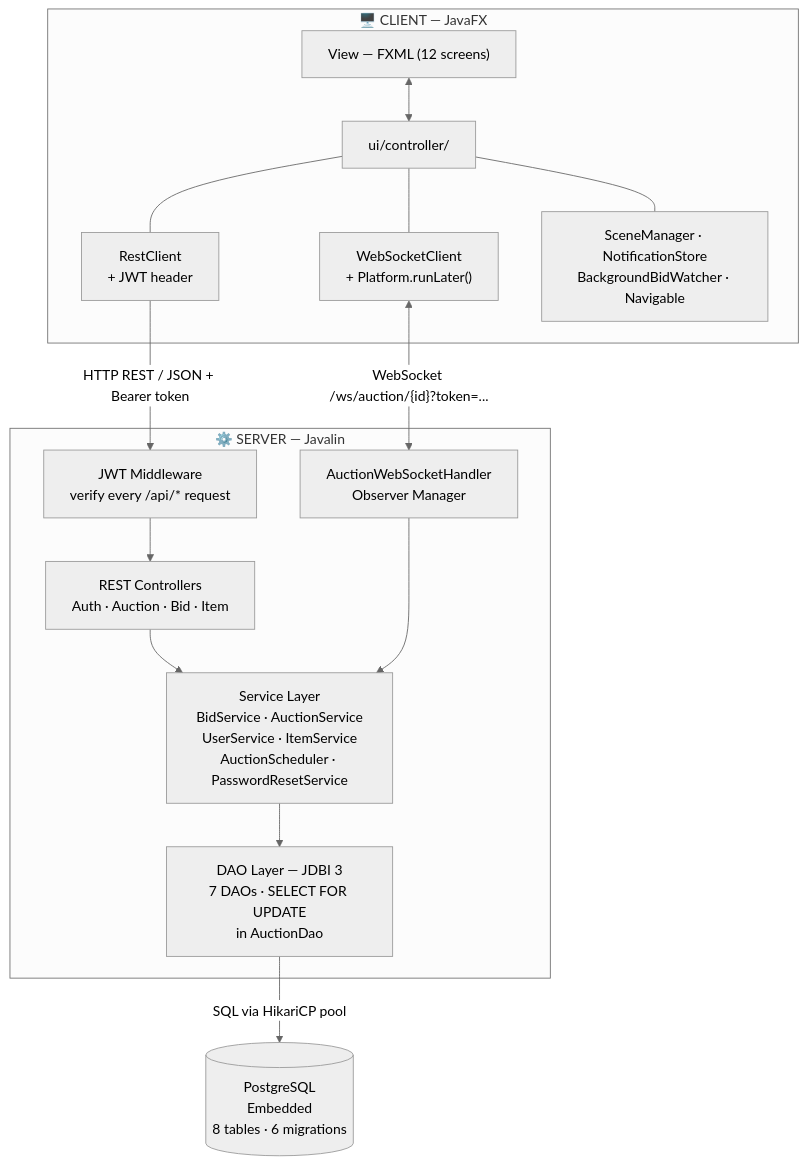
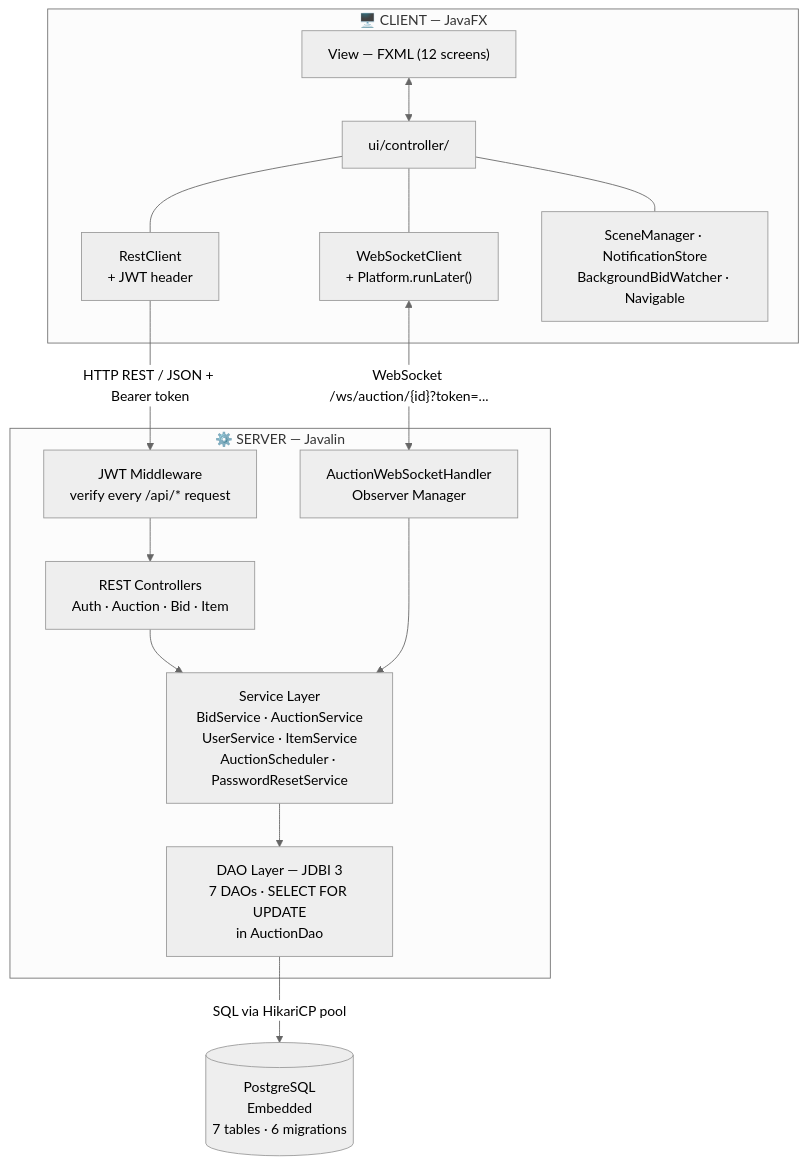
The diagram in README.md (kieran-labs/oop-course-project-uet), drawn with Mermaid (neutral theme) before and after one commit.

Commit message:
Correct number of tables in data flow diagram
Updated the number of tables in the README from 8 to 7.

````diff
--- a/README.md
+++ b/README.md
@@ -83,28 +83,28 @@
 ```mermaid
 graph TB
     subgraph CLIENT["🖥️  CLIENT — JavaFX"]
         FXML["View — FXML (12 screens)"]
         CTRL["ui/controller/"]
         RC["RestClient<br/>+ JWT header"]
         WSC["WebSocketClient<br/>+ Platform.runLater()"]
         UTIL["SceneManager · NotificationStore<br/>BackgroundBidWatcher · Navigable"]
         FXML <--> CTRL
         CTRL --- RC
         CTRL --- WSC
         CTRL --- UTIL
     end
     RC -->|"HTTP REST / JSON + Bearer token"| JWT
     WSC <-->|"WebSocket /ws/auction/{id}?token=..."| WSH
     subgraph SERVER["⚙️  SERVER — Javalin"]
         JWT["JWT Middleware<br/>verify every /api/* request"]
         REST["REST Controllers<br/>Auth · Auction · Bid · Item"]
         WSH["AuctionWebSocketHandler<br/>Observer Manager"]
         SVC["Service Layer<br/>BidService · AuctionService<br/>UserService · ItemService<br/>AuctionScheduler · PasswordResetService"]
         DAO["DAO Layer — JDBI 3<br/>7 DAOs · SELECT FOR UPDATE<br/>in AuctionDao"]
         JWT --> REST
         REST --> SVC
         WSH --> SVC
         SVC --> DAO
     end
-    DAO -->|"SQL via HikariCP pool"| DB[("PostgreSQL<br/>Embedded<br/>8 tables · 6 migrations")]
+    DAO -->|"SQL via HikariCP pool"| DB[("PostgreSQL<br/>Embedded<br/>7 tables · 6 migrations")]
 ```
````
